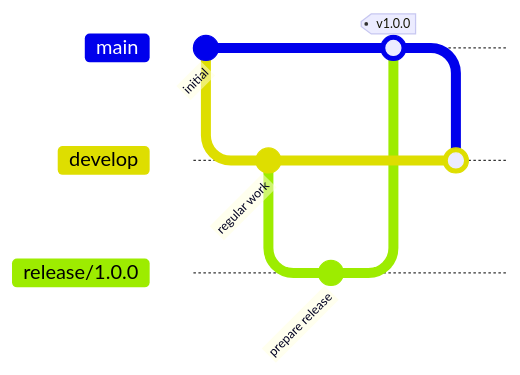
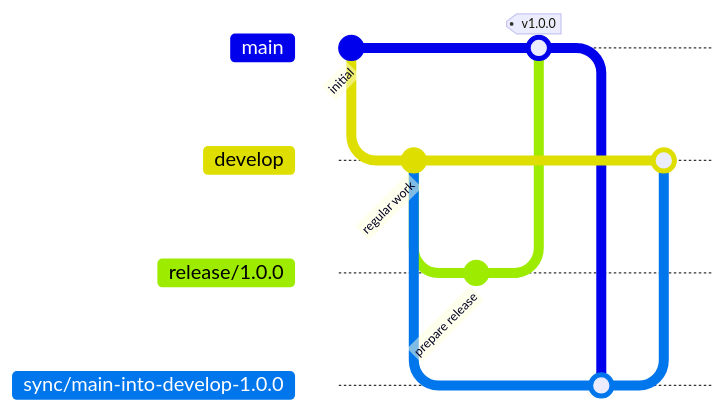
The diagram in README.md (KiTechSoftware/stability-flow), drawn with Mermaid before and after one commit. The commit also changed other lines of this file and 10 other files, not shown here.

`````diff
--- a/README.md
+++ b/README.md
@@ -46,14 +46,18 @@
 ```mermaid
 gitGraph
    commit id: "initial"
    branch develop
    checkout develop
    commit id: "regular work"
    branch release/1.0.0
    checkout release/1.0.0
    commit id: "prepare release"
    checkout main
    merge release/1.0.0 tag: "v1.0.0"
    checkout develop
+   branch sync/main-into-develop-1.0.0
+   checkout sync/main-into-develop-1.0.0
    merge main
-````
+   checkout develop
+   merge sync/main-into-develop-1.0.0
+```
`````
